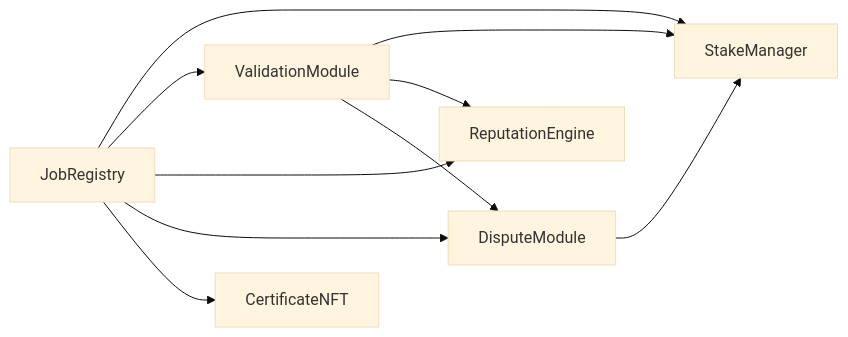
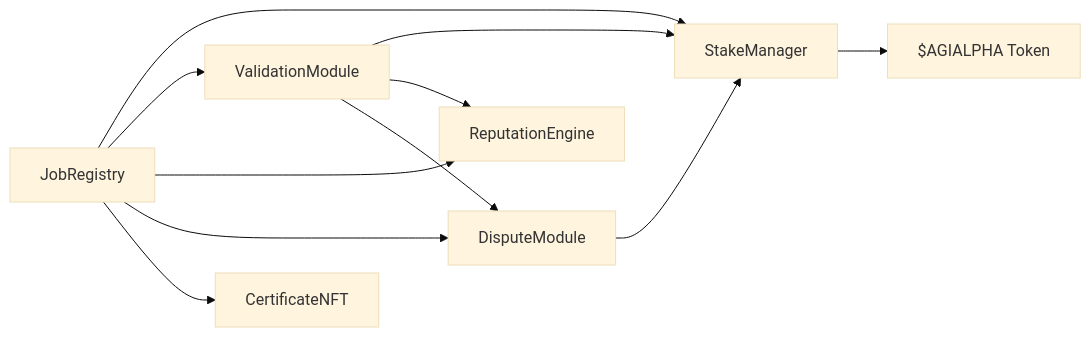
One commit to MontrealAI/AGIJobsv0 changed the seventh of 9 diagrams in README.md. Above: the diagram before and after it, drawn with Mermaid (base theme). The commit also changed other lines of this file, not shown here.

Commit message:
docs: expand modular architecture and usage guide

````diff
--- a/README.md
+++ b/README.md
@@ -852,12 +876,14 @@
 ```mermaid
 graph LR
+  AGIALPHA[$AGIALPHA Token]
   JobRegistry --> StakeManager
   JobRegistry --> ValidationModule
   JobRegistry --> ReputationEngine
   JobRegistry --> DisputeModule
   JobRegistry --> CertificateNFT
+  StakeManager --> AGIALPHA
   ValidationModule --> StakeManager
   ValidationModule --> ReputationEngine
   ValidationModule --> DisputeModule
   DisputeModule --> StakeManager
 ```
````
